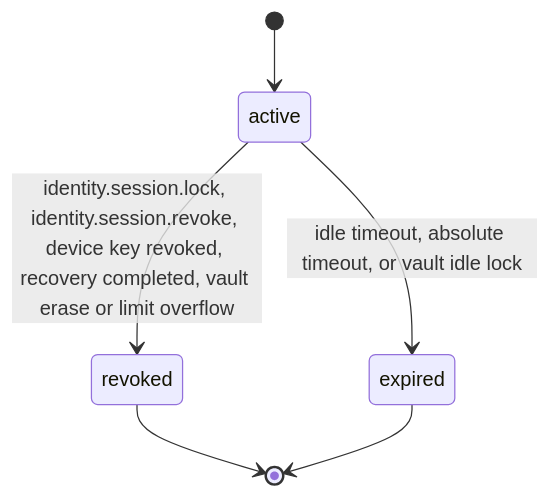
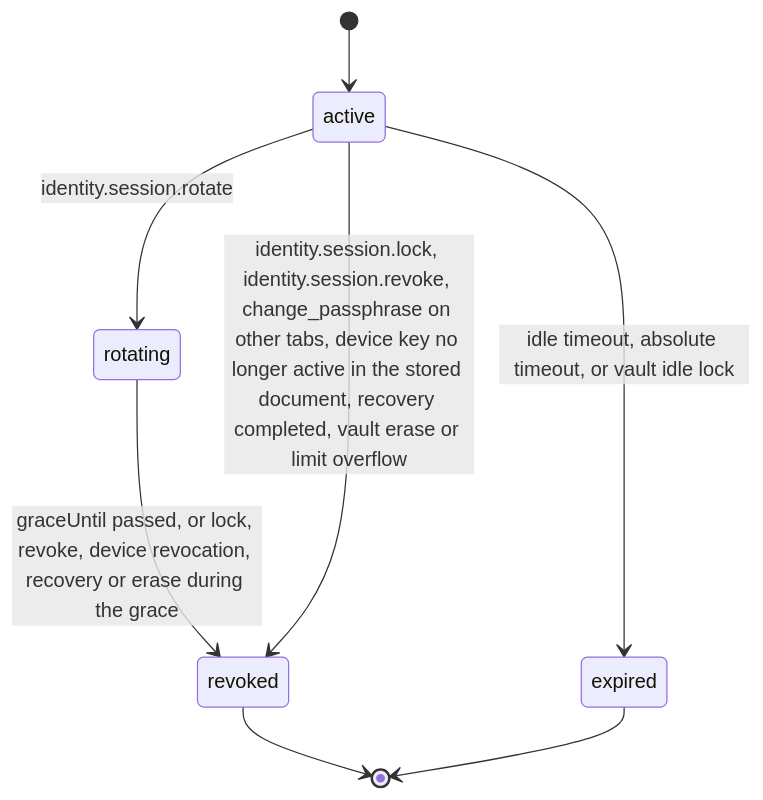
Before and after one commit to djshellshoxxx/CLASSifiedisRUPTed: the second of 2 diagrams in 07_Identity/01_accounts/mod_sessions/workflow_state_machine.md, drawn with Mermaid. The commit also changed other lines of this file and 235 other files, not shown here.

````diff
--- a/07_Identity/01_accounts/mod_sessions/workflow_state_machine.md
+++ b/07_Identity/01_accounts/mod_sessions/workflow_state_machine.md
@@ -42,8 +47,10 @@
 ```mermaid
 stateDiagram-v2
   [*] --> active
-  active --> revoked: identity.session.lock, identity.session.revoke, device key revoked, recovery completed, vault erase or limit overflow
+  active --> rotating: identity.session.rotate
+  rotating --> revoked: graceUntil passed, or lock, revoke, device revocation, recovery or erase during the grace
+  active --> revoked: identity.session.lock, identity.session.revoke, change_passphrase on other tabs, device key no longer active in the stored document, recovery completed, vault erase or limit overflow
   active --> expired: idle timeout, absolute timeout, or vault idle lock
   revoked --> [*]
   expired --> [*]
 ```
````
